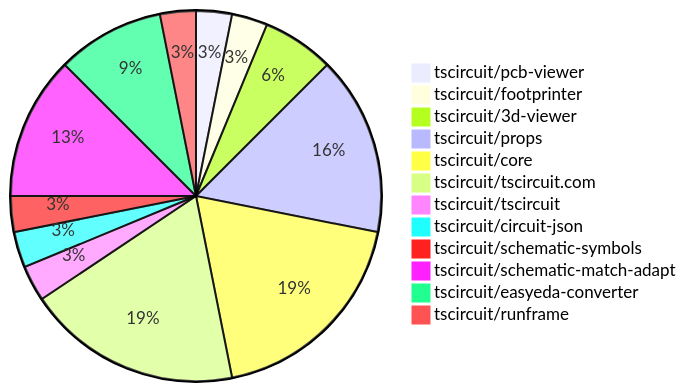
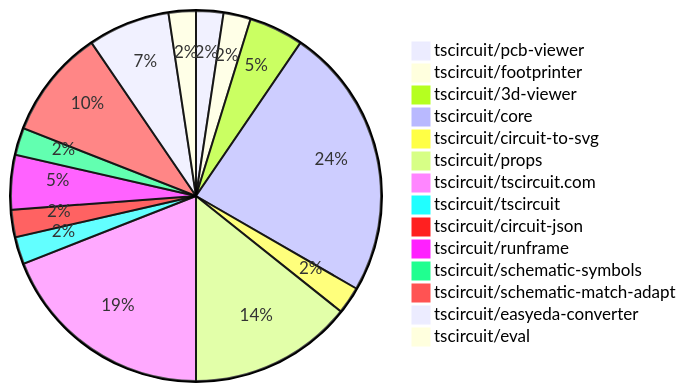
Before and after one commit to tscircuit/contribution-tracker: the diagram in README.md, drawn with Mermaid. The commit also changed other lines of this file and 3 other files, not shown here.

````diff
--- a/README.md
+++ b/README.md
@@ -24,15 +24,17 @@
 ```mermaid
 pie
     "tscircuit/pcb-viewer" : 1
     "tscircuit/footprinter" : 1
     "tscircuit/3d-viewer" : 2
-    "tscircuit/props" : 5
-    "tscircuit/core" : 6
-    "tscircuit/tscircuit.com" : 6
+    "tscircuit/core" : 10
+    "tscircuit/circuit-to-svg" : 1
+    "tscircuit/props" : 6
+    "tscircuit/tscircuit.com" : 8
     "tscircuit/tscircuit" : 1
     "tscircuit/circuit-json" : 1
+    "tscircuit/runframe" : 2
     "tscircuit/schematic-symbols" : 1
     "tscircuit/schematic-match-adapt" : 4
     "tscircuit/easyeda-converter" : 3
-    "tscircuit/runframe" : 1
+    "tscircuit/eval" : 1
 ```
````
